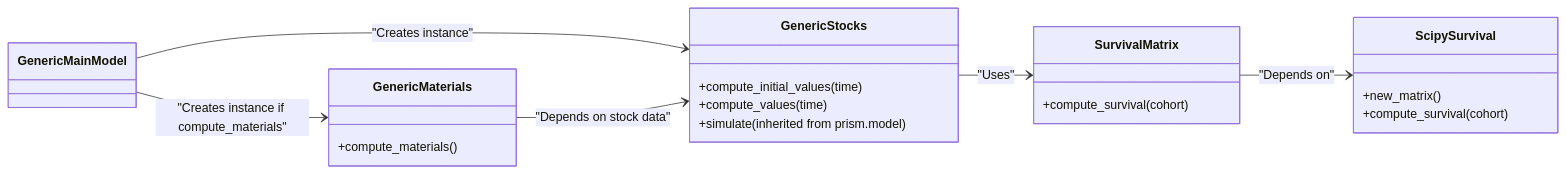
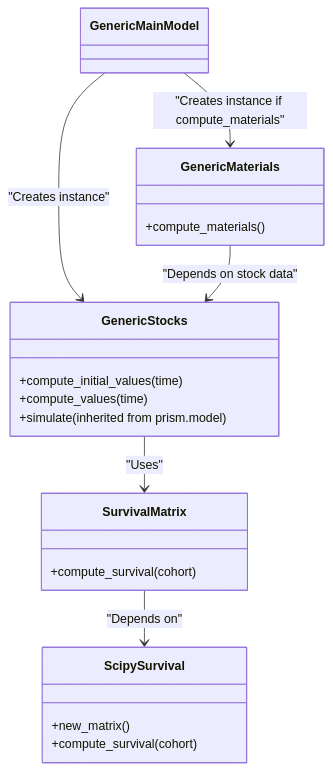
The first of 2 diagrams in README.md (imagepbl/image-materials), drawn with Mermaid before and after one commit. The commit also changed other lines of this file, not shown here.

````diff
--- a/README.md
+++ b/README.md
@@ -81,28 +81,27 @@
 ```mermaid
 classDiagram
-    direction LR
     class GenericStocks {
         +compute_initial_values(time)
         +compute_values(time)
         +simulate (inherited from prism.model)
     }
     
     class GenericMaterials {
         +compute_materials()
     }
     
     class SurvivalMatrix {
         +compute_survival(cohort)
     }
     
     class ScipySurvival {
         +new_matrix()
         +compute_survival(cohort)
     }
 
     GenericMainModel --> GenericStocks : "Creates instance"
     GenericMainModel --> GenericMaterials : "Creates instance if compute_materials"
     GenericStocks --> SurvivalMatrix : "Uses"
     SurvivalMatrix --> ScipySurvival : "Depends on"
     GenericMaterials --> GenericStocks : "Depends on stock data"
 ```
````
